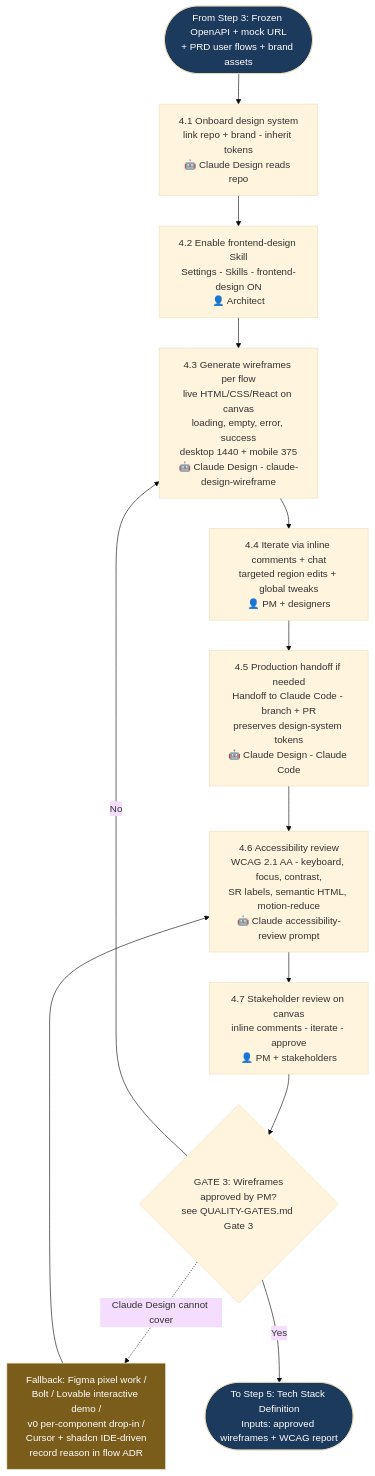
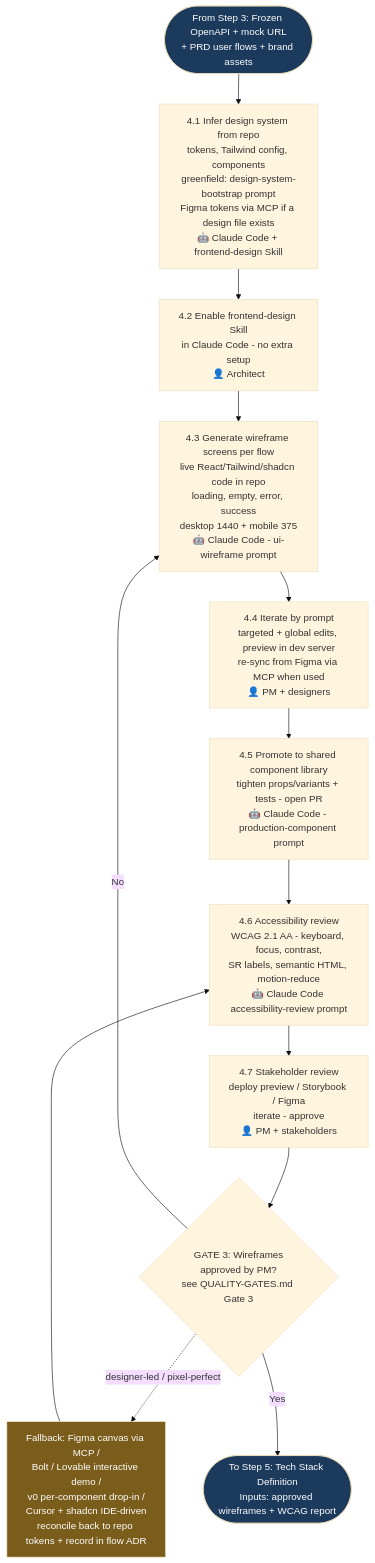
Before and after one commit to kalpat-allion/ai-dlc: the fifth of 6 diagrams in aidlc-phases/02-system-design/FLOWCHART.md, drawn with Mermaid (base theme). The commit also changed other lines of this file and 25 other files, not shown here.

````diff
--- a/aidlc-phases/02-system-design/FLOWCHART.md
+++ b/aidlc-phases/02-system-design/FLOWCHART.md
@@ -180,23 +170,23 @@
 ```mermaid
 flowchart TD
     U_IN([From Step 3: Frozen OpenAPI + mock URL<br/>+ PRD user flows + brand assets]) --> U1
 
-    U1[4.1 Onboard design system<br/>link repo + brand - inherit tokens<br/>🤖 Claude Design reads repo] --> U2
-    U2[4.2 Enable frontend-design Skill<br/>Settings - Skills - frontend-design ON<br/>👤 Architect] --> U3
-    U3[4.3 Generate wireframes per flow<br/>live HTML/CSS/React on canvas<br/>loading, empty, error, success<br/>desktop 1440 + mobile 375<br/>🤖 Claude Design - claude-design-wireframe] --> U4
-    U4[4.4 Iterate via inline comments + chat<br/>targeted region edits + global tweaks<br/>👤 PM + designers] --> U5
-    U5[4.5 Production handoff if needed<br/>Handoff to Claude Code - branch + PR<br/>preserves design-system tokens<br/>🤖 Claude Design - Claude Code] --> U6
-    U6[4.6 Accessibility review<br/>WCAG 2.1 AA - keyboard, focus, contrast,<br/>SR labels, semantic HTML, motion-reduce<br/>🤖 Claude accessibility-review prompt] --> U7
-    U7[4.7 Stakeholder review on canvas<br/>inline comments - iterate - approve<br/>👤 PM + stakeholders] --> G3
+    U1[4.1 Infer design system from repo<br/>tokens, Tailwind config, components<br/>greenfield: design-system-bootstrap prompt<br/>Figma tokens via MCP if a design file exists<br/>🤖 Claude Code + frontend-design Skill] --> U2
+    U2[4.2 Enable frontend-design Skill<br/>in Claude Code - no extra setup<br/>👤 Architect] --> U3
+    U3[4.3 Generate wireframe screens per flow<br/>live React/Tailwind/shadcn code in repo<br/>loading, empty, error, success<br/>desktop 1440 + mobile 375<br/>🤖 Claude Code - ui-wireframe prompt] --> U4
+    U4[4.4 Iterate by prompt<br/>targeted + global edits, preview in dev server<br/>re-sync from Figma via MCP when used<br/>👤 PM + designers] --> U5
+    U5[4.5 Promote to shared component library<br/>tighten props/variants + tests - open PR<br/>🤖 Claude Code - production-component prompt] --> U6
+    U6[4.6 Accessibility review<br/>WCAG 2.1 AA - keyboard, focus, contrast,<br/>SR labels, semantic HTML, motion-reduce<br/>🤖 Claude Code accessibility-review prompt] --> U7
+    U7[4.7 Stakeholder review<br/>deploy preview / Storybook / Figma<br/>iterate - approve<br/>👤 PM + stakeholders] --> G3
 
     G3{GATE 3: Wireframes<br/>approved by PM?<br/>see QUALITY-GATES.md Gate 3}
     G3 -- No --> U3
-    G3 -. Claude Design cannot cover .-> UFB
-    UFB[Fallback: Figma pixel work /<br/>Bolt / Lovable interactive demo /<br/>v0 per-component drop-in /<br/>Cursor + shadcn IDE-driven<br/>record reason in flow ADR]
+    G3 -. designer-led / pixel-perfect .-> UFB
+    UFB[Fallback: Figma canvas via MCP /<br/>Bolt / Lovable interactive demo /<br/>v0 per-component drop-in /<br/>Cursor + shadcn IDE-driven<br/>reconcile back to repo tokens + record in flow ADR]
     UFB --> U6
     G3 -- Yes --> U_OUT([To Step 5: Tech Stack Definition<br/>Inputs: approved wireframes + WCAG report])
 
     style U_IN fill:#1B3A5C,color:#fff
     style U_OUT fill:#1B3A5C,color:#fff
     style UFB fill:#7A5C1B,color:#fff
 ```
````
